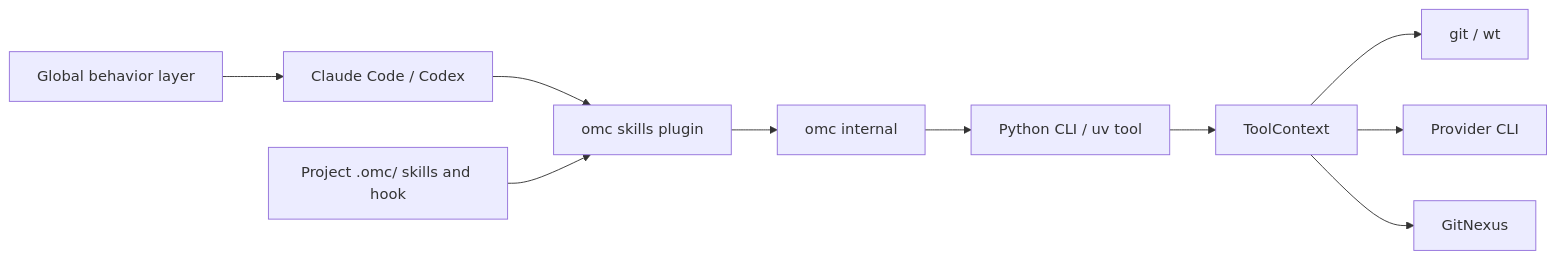
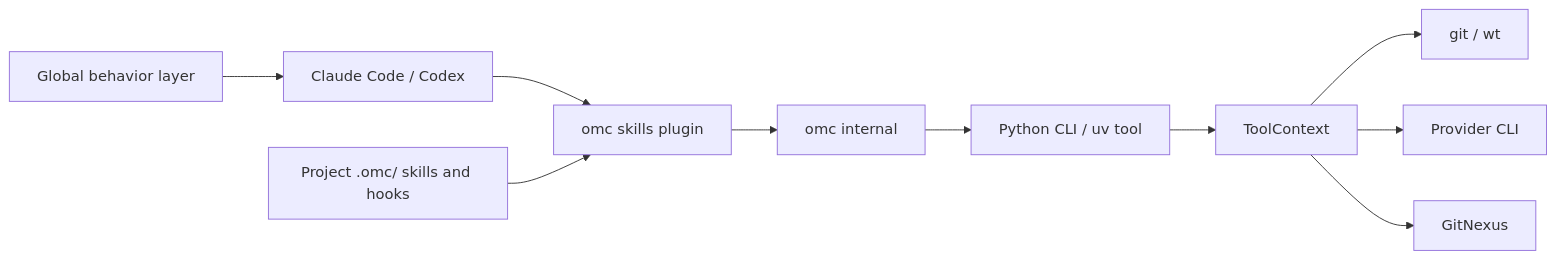
One commit to chris-husse/oh-my-clanker changed the second of 4 diagrams in README.md. Above: the diagram before and after it, drawn with Mermaid. The commit also changed other lines of this file and 35 other files, not shown here.

````diff
--- a/README.md
+++ b/README.md
@@ -233,12 +256,12 @@
 ```mermaid
 flowchart LR
     Behavior["Global behavior layer"] --> Harness["Claude Code / Codex"]
     Harness --> Skills["omc skills plugin"]
-    Project["Project .omc/ skills and hook"] --> Skills
+    Project["Project .omc/ skills and hooks"] --> Skills
     Skills --> Internal["omc internal"]
     Internal --> CLI["Python CLI / uv tool"]
     CLI --> Tools["ToolContext"]
     Tools --> Git["git / wt"]
     Tools --> Provider["Provider CLI"]
     Tools --> Nexus["GitNexus"]
 ```
````
